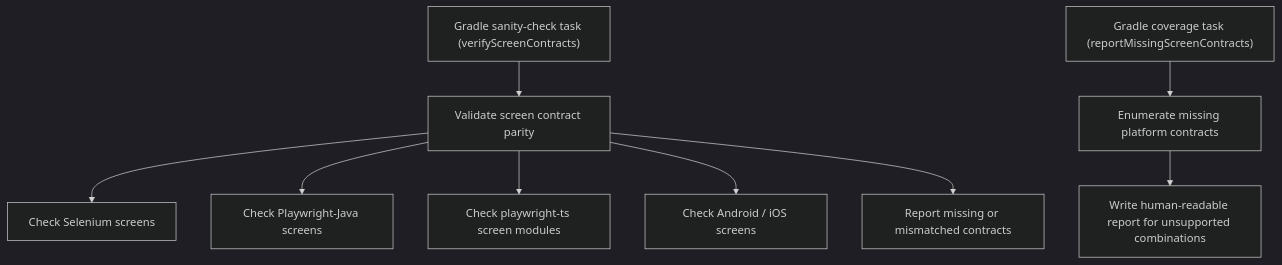
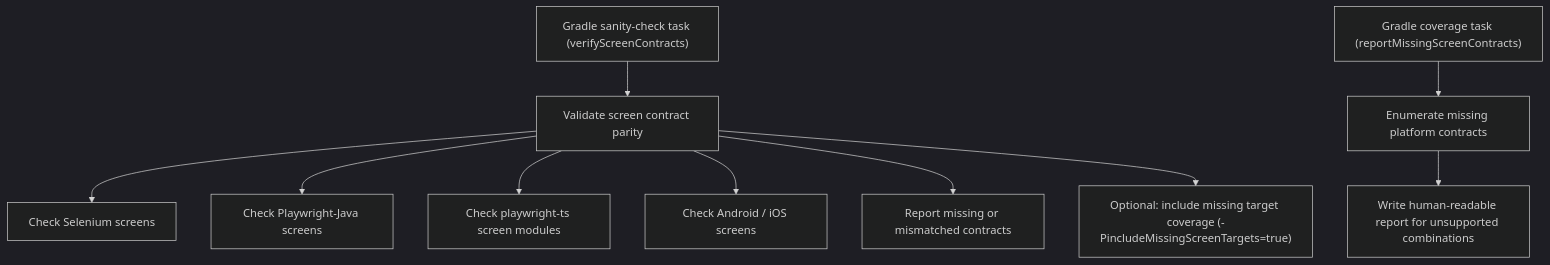
One commit to znsio/teswiz changed the third of 3 diagrams in docs/Architecture-README.md. Above: the diagram before and after it, drawn with Mermaid (dark theme). The commit also changed 7 other files, not shown here.

Commit message:
Add optional strict target coverage to verifyScreenContracts

````diff
--- a/docs/Architecture-README.md
+++ b/docs/Architecture-README.md
@@ -83,12 +83,13 @@
 ```mermaid
 flowchart TD
     G["Gradle sanity-check task (verifyScreenContracts)"] --> C[Validate screen contract parity]
     C --> S1[Check Selenium screens]
     C --> S2[Check Playwright-Java screens]
     C --> S3["Check playwright-ts screen modules"]
     C --> S4[Check Android / iOS screens]
     C --> R[Report missing or mismatched contracts]
+    C --> O["Optional: include missing target coverage (-PincludeMissingScreenTargets=true)"]
 
     M["Gradle coverage task (reportMissingScreenContracts)"] --> B[Enumerate missing platform contracts]
     B --> OUT[Write human-readable report for unsupported combinations]
 ```
````
